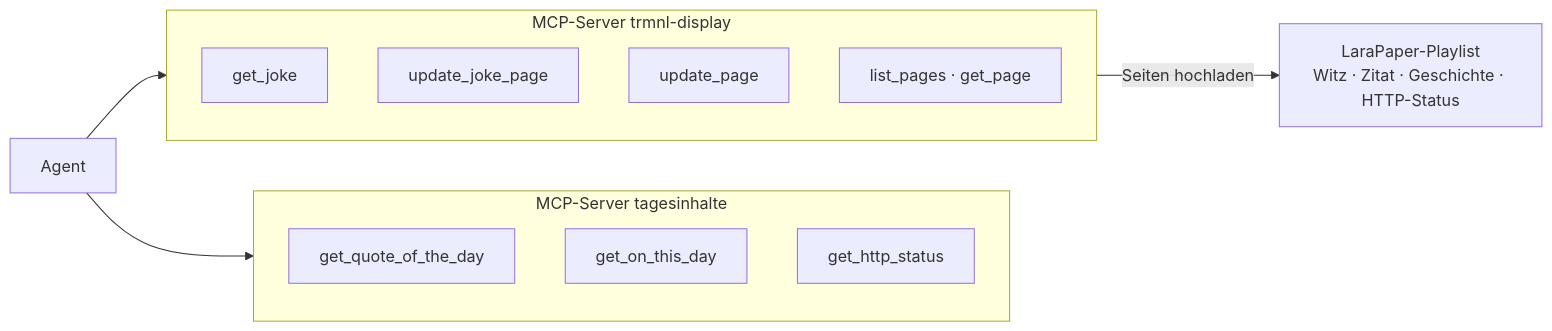
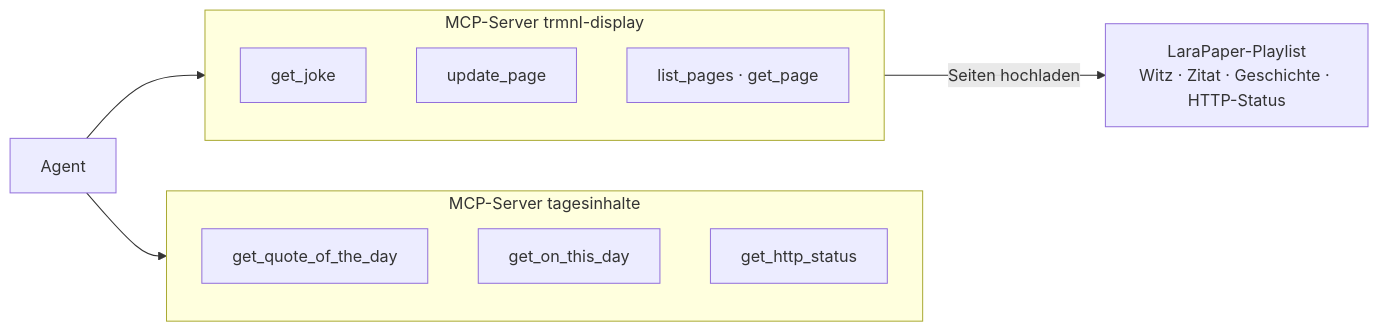
Before and after one commit to Stiriacus/TRMNL-MCP: the second of 2 diagrams in docs-guide/05-api-zu-mcp.md, drawn with Mermaid. The commit also changed 14 other files, not shown here.

````diff
--- a/docs-guide/05-api-zu-mcp.md
+++ b/docs-guide/05-api-zu-mcp.md
@@ -126,17 +126,16 @@
 ```mermaid
 flowchart LR
     subgraph S1 [MCP-Server tagesinhalte]
         Q[get_quote_of_the_day]
         O[get_on_this_day]
         HS[get_http_status]
     end
     subgraph S2 [MCP-Server trmnl-display]
         J[get_joke]
-        R[update_joke_page]
         U[update_page]
         L[list_pages · get_page]
     end
     AG[Agent] --> S1
     AG --> S2
     S2 -->|Seiten hochladen| LP[LaraPaper-Playlist<br/>Witz · Zitat · Geschichte · HTTP-Status]
 ```
````
